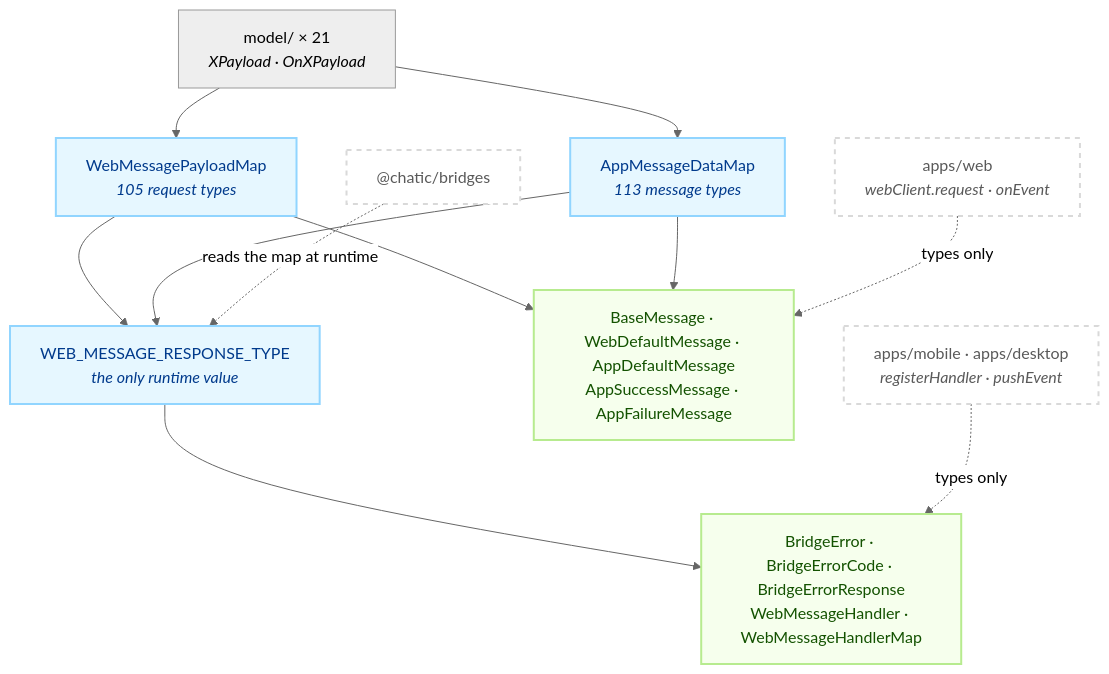
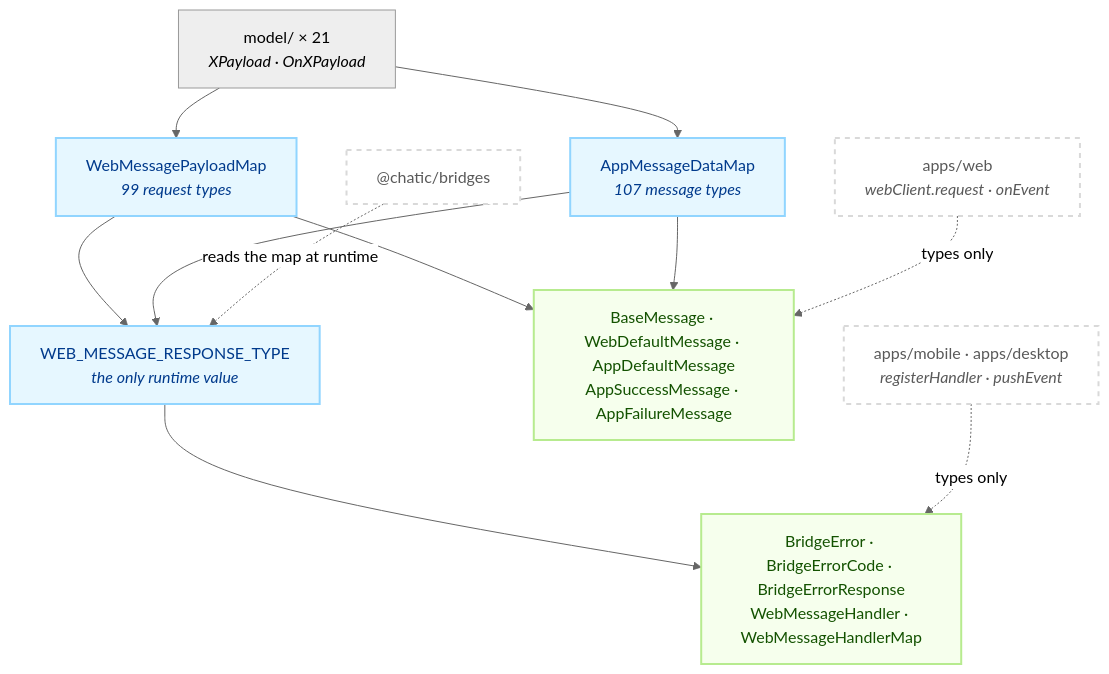
Before and after one commit to lemoncloud-io/dou-app: the first of 2 diagrams in libs/app-messages/README.md, drawn with Mermaid (neutral theme). The commit also changed other lines of this file and 9 other files, not shown here.

First line of the commit message:
refactor(app-messages,bridges): retire six requests no web build sends and no shell answers

````diff
--- a/libs/app-messages/README.md
+++ b/libs/app-messages/README.md
@@ -91,28 +94,28 @@
 ```mermaid
 flowchart TD
     classDef ext fill:#ffffff,stroke:#d9d9d9,stroke-width:2px,color:#595959,stroke-dasharray: 5 5;
     classDef map fill:#e6f7ff,stroke:#91d5ff,stroke-width:2px,color:#003a8c;
     classDef env fill:#f6ffed,stroke:#b7eb8f,stroke-width:2px,color:#135200;
 
     Model["model/ × 21<br/><i>XPayload · OnXPayload</i>"]
-    WM["WebMessagePayloadMap<br/><i>105 request types</i>"]:::map
-    AM["AppMessageDataMap<br/><i>113 message types</i>"]:::map
+    WM["WebMessagePayloadMap<br/><i>99 request types</i>"]:::map
+    AM["AppMessageDataMap<br/><i>107 message types</i>"]:::map
     RT["WEB_MESSAGE_RESPONSE_TYPE<br/><i>the only runtime value</i>"]:::map
     Env["BaseMessage · WebDefaultMessage · AppDefaultMessage<br/>AppSuccessMessage · AppFailureMessage"]:::env
     Err["BridgeError · BridgeErrorCode · BridgeErrorResponse<br/>WebMessageHandler · WebMessageHandlerMap"]:::env
 
     Web["apps/web<br/><i>webClient.request · onEvent</i>"]:::ext
     Shell["apps/mobile · apps/desktop<br/><i>registerHandler · pushEvent</i>"]:::ext
     Br["@chatic/bridges"]:::ext
 
     Model --> WM
     Model --> AM
     WM --> RT
     AM --> RT
     WM --> Env
     AM --> Env
     RT --> Err
     Br -.->|"reads the map at runtime"| RT
     Web -.->|"types only"| Env
     Shell -.->|"types only"| Err
 ```
````
